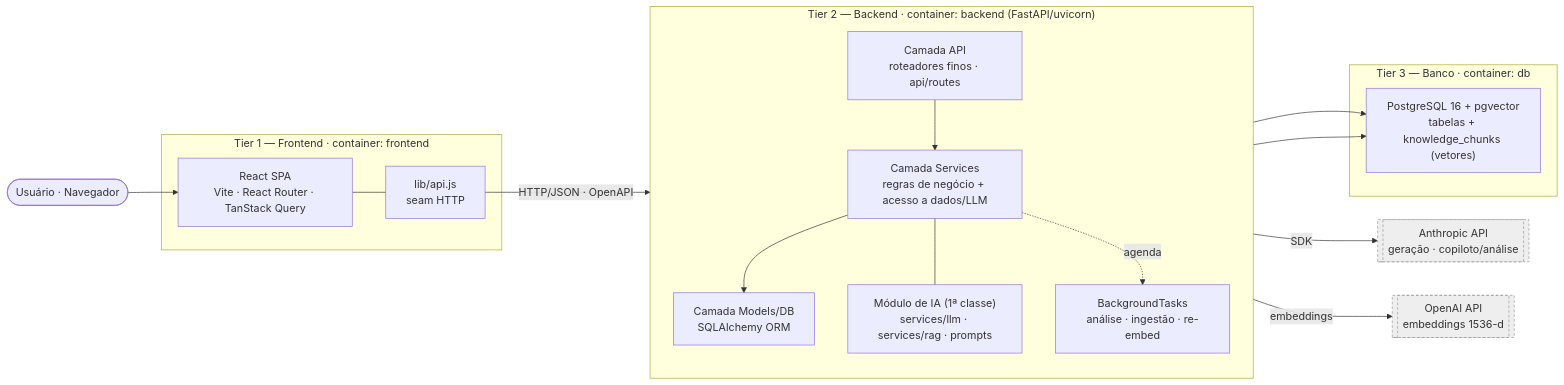
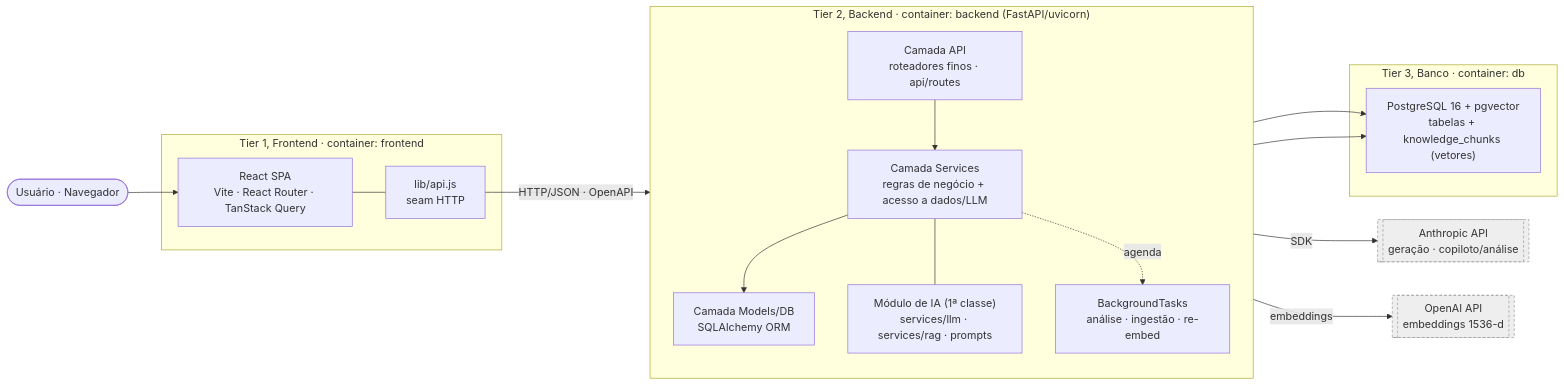
Before and after one commit to miguel-sbarros/materia_si: the diagram in relatorio_ciclo2/diagramas/blueprint.mmd, drawn with Mermaid. The commit also changed 15 other files, not shown here.

```diff
--- a/relatorio_ciclo2/diagramas/blueprint.mmd
+++ b/relatorio_ciclo2/diagramas/blueprint.mmd
@@ -1,38 +1,38 @@
 flowchart LR
     user([Usuário · Navegador])
 
-    subgraph FRONT["Tier 1 — Frontend · container: frontend"]
+    subgraph FRONT["Tier 1, Frontend · container: frontend"]
         react["React SPA<br/>Vite · React Router · TanStack Query"]
         seam["lib/api.js<br/>seam HTTP"]
         react --- seam
     end
 
-    subgraph BACK["Tier 2 — Backend · container: backend (FastAPI/uvicorn)"]
+    subgraph BACK["Tier 2, Backend · container: backend (FastAPI/uvicorn)"]
         direction TB
         api["Camada API<br/>roteadores finos · api/routes"]
         svc["Camada Services<br/>regras de negócio + acesso a dados/LLM"]
         ia["Módulo de IA (1ª classe)<br/>services/llm · services/rag · prompts"]
         models["Camada Models/DB<br/>SQLAlchemy ORM"]
         bg["BackgroundTasks<br/>análise · ingestão · re-embed"]
         api --> svc
         svc --> models
         svc --- ia
         svc -. agenda .-> bg
     end
 
-    subgraph DB["Tier 3 — Banco · container: db"]
+    subgraph DB["Tier 3, Banco · container: db"]
         pg["PostgreSQL 16 + pgvector<br/>tabelas + knowledge_chunks (vetores)"]
     end
 
     anthropic[["Anthropic API<br/>geração · copiloto/análise"]]
     openai[["OpenAI API<br/>embeddings 1536-d"]]
 
     user --> react
     seam -- "HTTP/JSON · OpenAPI" --> api
     models --> pg
     bg --> pg
     ia -- SDK --> anthropic
     ia -- embeddings --> openai
 
     classDef ext fill:#eeeeee,stroke:#999999,stroke-dasharray:4 3;
     class anthropic,openai ext;
```
